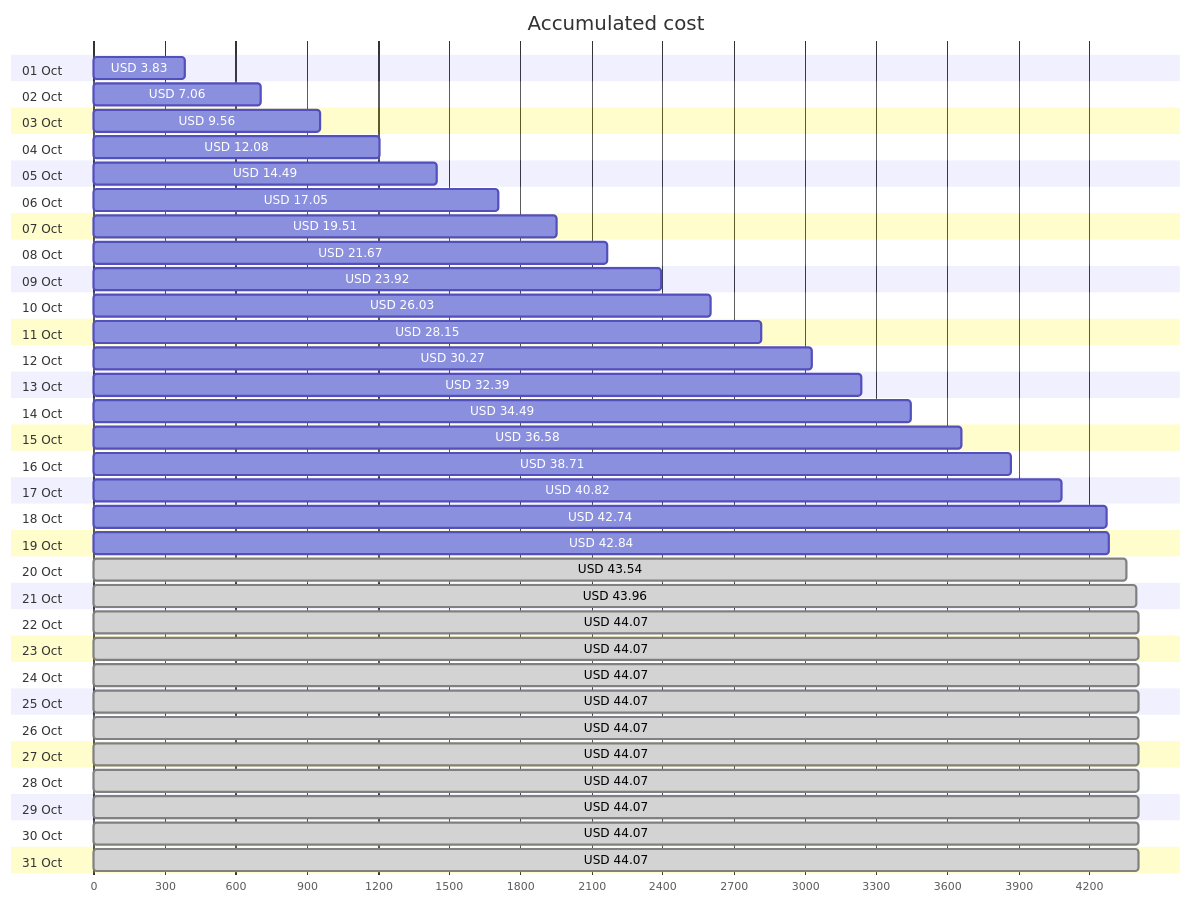
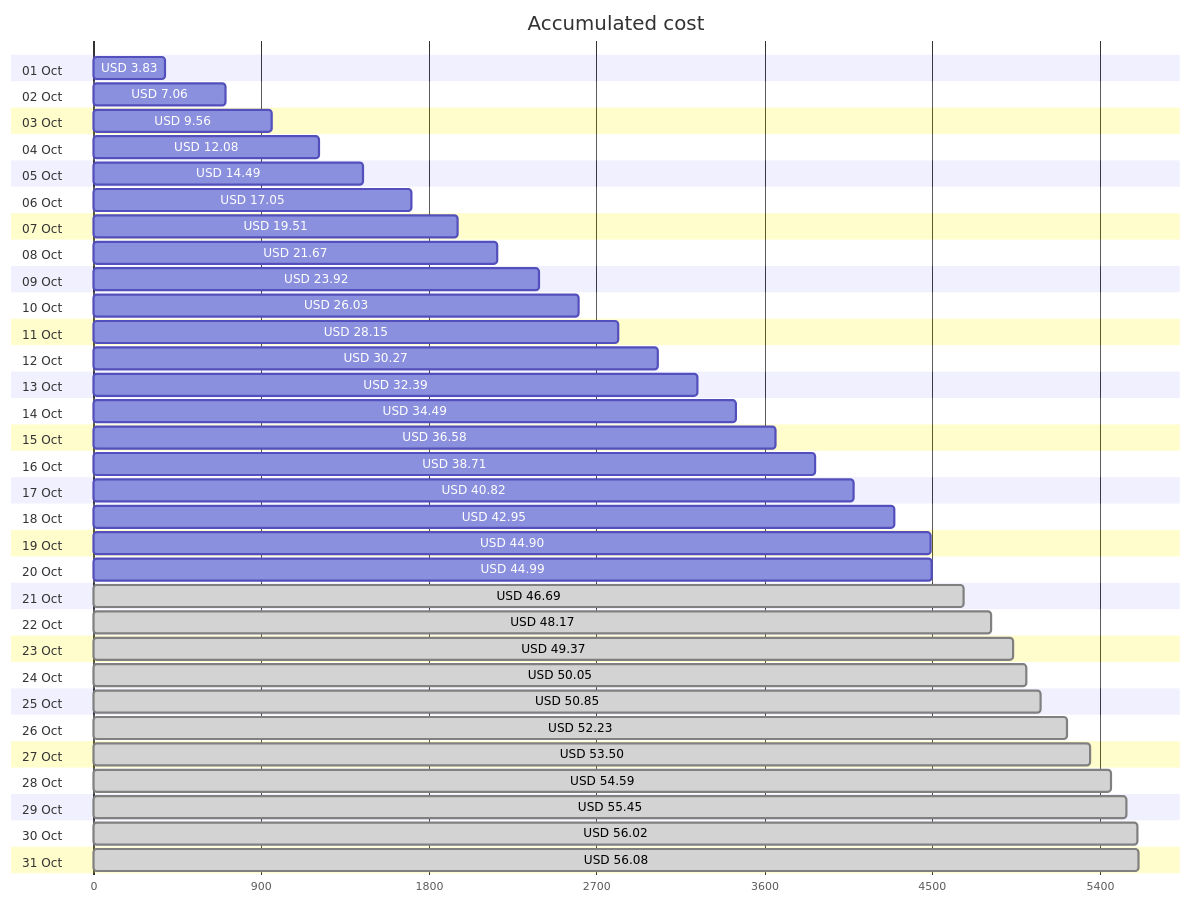
Before and after one commit to jpfulton/azure-personal-reports: the first of 4 diagrams in cost-reports/accumulated-cost.md, drawn with Mermaid. The commit also changed other lines of this file and 4 other files, not shown here.

````diff
--- a/cost-reports/accumulated-cost.md
+++ b/cost-reports/accumulated-cost.md
@@ -20,68 +20,68 @@
 ```mermaid
 gantt
    title Accumulated cost
    dateFormat  X
    axisFormat %s
    section 01 Oct
    USD 3.83 :0, 383
    section 02 Oct
    USD 7.06 :0, 706
    section 03 Oct
    USD 9.56 :0, 956
    section 04 Oct
    USD 12.08 :0, 1208
    section 05 Oct
    USD 14.49 :0, 1449
    section 06 Oct
    USD 17.05 :0, 1705
    section 07 Oct
    USD 19.51 :0, 1951
    section 08 Oct
    USD 21.67 :0, 2167
    section 09 Oct
    USD 23.92 :0, 2392
    section 10 Oct
    USD 26.03 :0, 2603
    section 11 Oct
    USD 28.15 :0, 2815
    section 12 Oct
    USD 30.27 :0, 3027
    section 13 Oct
    USD 32.39 :0, 3239
    section 14 Oct
    USD 34.49 :0, 3449
    section 15 Oct
    USD 36.58 :0, 3658
    section 16 Oct
    USD 38.71 :0, 3871
    section 17 Oct
    USD 40.82 :0, 4082
    section 18 Oct
-   USD 42.74 :0, 4274
+   USD 42.95 :0, 4295
    section 19 Oct
-   USD 42.84 :0, 4284
+   USD 44.90 :0, 4490
    section 20 Oct
-   USD 43.54 : done, 0, 4354
+   USD 44.99 :0, 4499
    section 21 Oct
-   USD 43.96 : done, 0, 4396
+   USD 46.69 : done, 0, 4669
    section 22 Oct
-   USD 44.07 : done, 0, 4407
+   USD 48.17 : done, 0, 4817
    section 23 Oct
-   USD 44.07 : done, 0, 4407
+   USD 49.37 : done, 0, 4937
    section 24 Oct
-   USD 44.07 : done, 0, 4407
+   USD 50.05 : done, 0, 5005
    section 25 Oct
-   USD 44.07 : done, 0, 4407
+   USD 50.85 : done, 0, 5085
    section 26 Oct
-   USD 44.07 : done, 0, 4407
+   USD 52.23 : done, 0, 5223
    section 27 Oct
-   USD 44.07 : done, 0, 4407
+   USD 53.50 : done, 0, 5350
    section 28 Oct
-   USD 44.07 : done, 0, 4407
+   USD 54.59 : done, 0, 5459
    section 29 Oct
-   USD 44.07 : done, 0, 4407
+   USD 55.45 : done, 0, 5545
    section 30 Oct
-   USD 44.07 : done, 0, 4407
+   USD 56.02 : done, 0, 5602
    section 31 Oct
-   USD 44.07 : done, 0, 4407
+   USD 56.08 : done, 0, 5608
 ```
````
